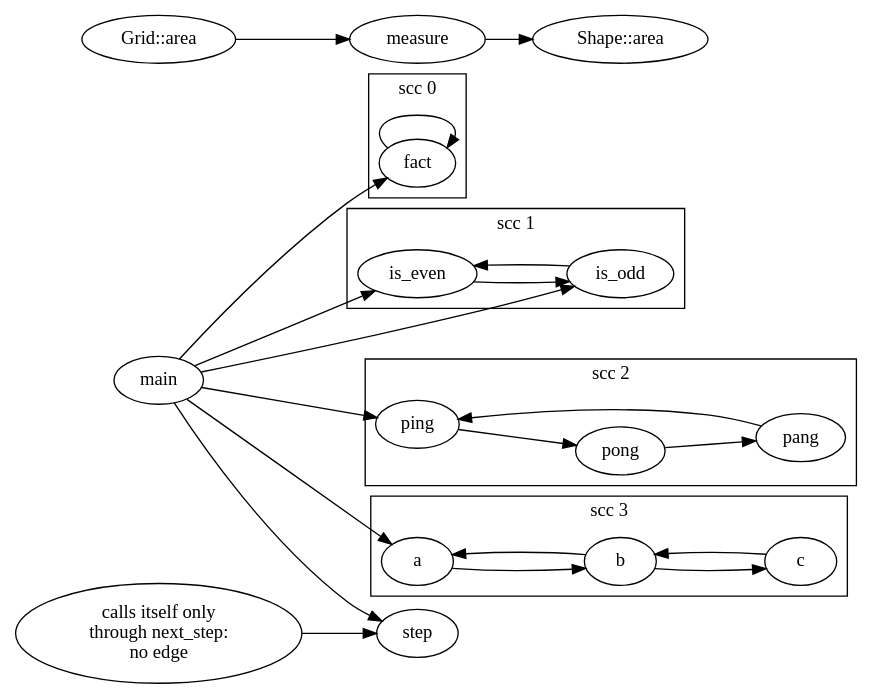
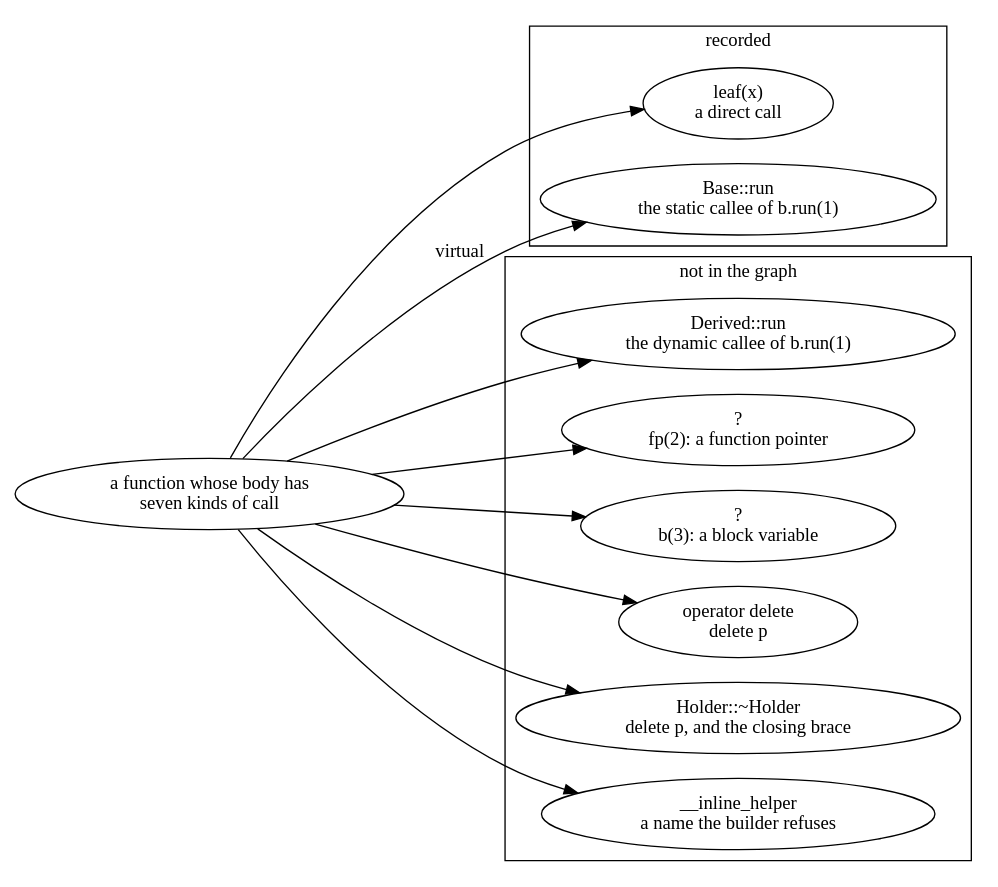
The ninth of 12 diagrams in docs/part_8_call_graphs.md (husams/clang-cfg-lab), drawn with Graphviz before and after one commit. The commit also changed other lines of this file and 10 other files, not shown here.

First line of the commit message:
Call graph track: Parts 8-11 with interactive graph views

````diff
--- a/docs/part_8_call_graphs.md
+++ b/docs/part_8_call_graphs.md
@@ -898,61 +1162,34 @@
 ```dot
-digraph cg_scc {
+digraph cg_holes {
   rankdir=LR;
 
-  main [class="entry"];
+  f [label="a function whose body has\nseven kinds of call", class="hl"];
 
-  subgraph cluster_fact {
-    label="scc 0";
-    class="scc";
-    fact [class="recursive"];
-  }
-  subgraph cluster_eo {
-    label="scc 1";
-    class="scc";
-    is_even [class="recursive"];
-    is_odd [class="recursive"];
-  }
-  subgraph cluster_pp {
-    label="scc 2";
-    class="scc";
-    ping [class="recursive"];
-    pong [class="recursive"];
-    pang [class="recursive"];
-  }
-  subgraph cluster_abc {
-    label="scc 3";
-    class="scc";
-    a [class="recursive"];
-    b [class="recursive"];
-    c [class="recursive"];
+  subgraph cluster_seen {
+    label="recorded";
+    class="group";
+    leaf [label="leaf(x)\na direct call"];
+    brun [label="Base::run\nthe static callee of b.run(1)"];
   }
 
-  step;
-  step_note [label="calls itself only\nthrough next_step:\nno edge", class="note"];
-  "Grid::area" [class="dim"];
-  measure [class="dim"];
-  "Shape::area" [class="dim"];
+  subgraph cluster_hidden {
+    label="not in the graph";
+    class="group";
+    drun [label="Derived::run\nthe dynamic callee of b.run(1)", class="dim"];
+    ptr [label="?\nfp(2): a function pointer", class="dim"];
+    blk [label="?\nb(3): a block variable", class="dim"];
+    del [label="operator delete\ndelete p", class="dim"];
+    dtor [label="Holder::~Holder\ndelete p, and the closing brace", class="dim"];
+    inl [label="__inline_helper\na name the builder refuses", class="dim"];
+  }
 
-  main -> fact;
-  main -> is_even;
-  main -> is_odd;
-  main -> ping;
-  main -> a;
-  main -> step;
-
-  fact -> fact [class="back"];
-  is_even -> is_odd;
-  is_odd -> is_even [class="back"];
-  ping -> pong;
-  pong -> pang;
-  pang -> ping [class="back"];
-  a -> b;
-  b -> a [class="back"];
-  b -> c;
-  c -> b [class="back"];
-
-  step_note -> step [class="weak"];
-  "Grid::area" -> measure;
-  measure -> "Shape::area";
+  f -> leaf [class="call"];
+  f -> brun [label="virtual", class="virtual"];
+  f -> drun [class="indirect"];
+  f -> ptr [class="indirect"];
+  f -> blk [class="indirect"];
+  f -> del [class="indirect"];
+  f -> dtor [class="indirect"];
+  f -> inl [class="indirect"];
 }
 ```
````
